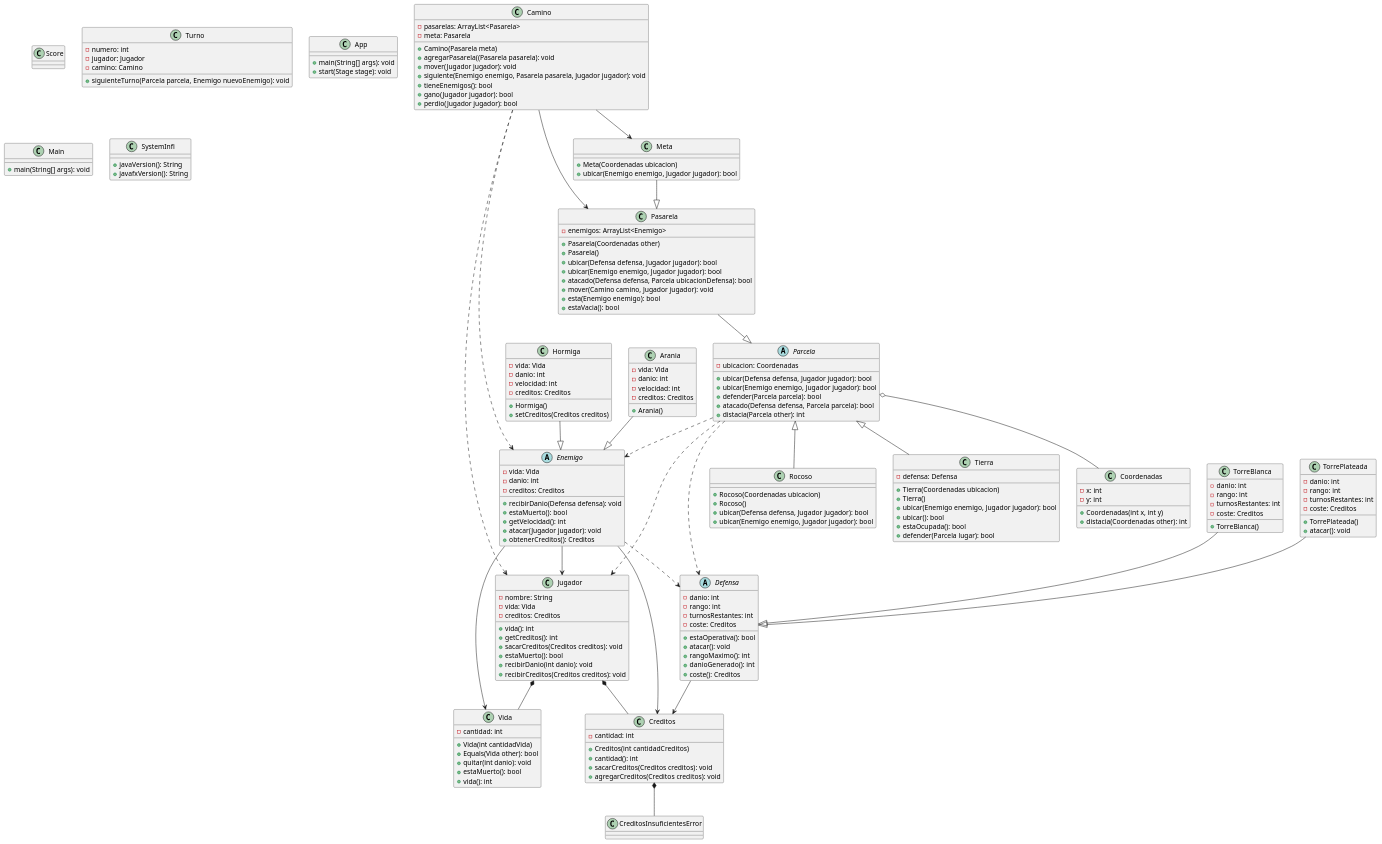
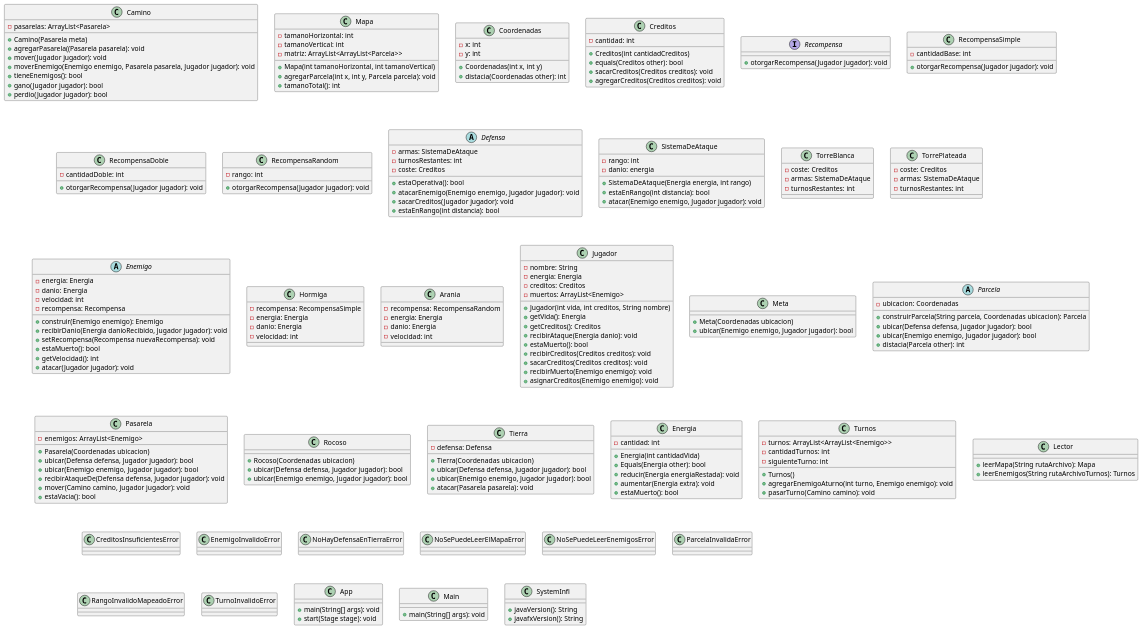
The diagram in diagrams/classes/diagrama_de_clase_tentativo.puml (franzimbi/algo3_tp2), drawn with PlantUML before and after one commit. The commit also changed 2 other files, not shown here.

Commit message:
plantUML update

```diff
--- a/diagrams/classes/diagrama_de_clase_tentativo.puml
+++ b/diagrams/classes/diagrama_de_clase_tentativo.puml
@@ -1,24 +1,24 @@
 @startuml
 'https://plantuml.com/class-diagram
 
-class Arania {
-    -vida: Vida
-    -danio: int
-    -velocidad: int
-    -creditos: Creditos
-    +Arania()
-}
-
 class Camino {
     -pasarelas: ArrayList<Pasarela>
-    -meta: Pasarela
     +Camino(Pasarela meta)
     +agregarPasarela((Pasarela pasarela): void
     +mover(Jugador jugador): void
-    +siguiente(Enemigo enemigo, Pasarela pasarela, Jugador jugador): void
+    +moverEnemigo(Enemigo enemigo, Pasarela pasarela, Jugador jugador): void
     +tieneEnemigos(): bool
     +gano(Jugador jugador): bool
     +perdio(Jugador jugador): bool
+}
+
+class Mapa {
+    -tamanoHorizontal: int
+    -tamanoVertical: int
+    -matriz: ArrayList<ArrayList<Parcela>>
+    +Mapa(int tamanoHorizontal, int tamanoVertical)
+    +agregarParcela(int x, int y, Parcela parcela): void
+    +tamanoTotal(): int
 }
 
 class Coordenadas {
@@ -31,55 +31,101 @@
 class Creditos {
     -cantidad: int
     +Creditos(int cantidadCreditos)
-    +cantidad(): int
+    +equals(Creditos other): bool
     +sacarCreditos(Creditos creditos): void
     +agregarCreditos(Creditos creditos): void
 }
 
-class CreditosInsuficientesError {}
+interface  Recompensa {
+    +otorgarRecompensa(Jugador jugador): void
+}
+
+class RecompensaSimple{
+    -cantidadBase: int
+    +otorgarRecompensa(Jugador jugador): void
+}
+
+class RecompensaDoble{
+    -cantidadDoble: int
+    +otorgarRecompensa(Jugador jugador): void
+}
+
+class RecompensaRandom{
+    -rango: int
+    +otorgarRecompensa(Jugador jugador): void
+}
 
 abstract class Defensa {
-    -danio: int
-    -rango: int
+    -armas: SistemaDeAtaque
     -turnosRestantes: int
     -coste: Creditos
     +estaOperativa(): bool
-    +atacar(): void
-    +rangoMaximo(): int
-    +danioGenerado(): int
-    +coste(): Creditos
+    +atacarEnemigo(Enemigo enemigo, Jugador jugador): void
+    +sacarCreditos(Jugador jugador): void
+    +estaEnRango(int distancia): bool
+}
+
+class SistemaDeAtaque {
+    -rango: int
+    -danio: energia
+    +SistemaDeAtaque(Energia energia, int rango)
+    +estaEnRango(int distancia): bool
+    +atacar(Enemigo enemigo, Jugador jugador): void
+}
+
+class TorreBlanca {
+    -coste: Creditos
+    -armas: SistemaDeAtaque
+    -turnosRestantes: int
+}
+
+class TorrePlateada {
+    -coste: Creditos
+    -armas: SistemaDeAtaque
+    -turnosRestantes: int
 }
 
 abstract class Enemigo {
-    -vida: Vida
-    -danio: int
-    -creditos: Creditos
-    +recibirDanio(Defensa defensa): void
+    -energia: Energia
+    -danio: Energia
+    -velocidad: int
+    -recompensa: Recompensa
+    +construir(Enemigo enemigo): Enemigo
+    +recibirDanio(Energia danioRecibido, Jugador jugador): void
+    +setRecompensa(Recompensa nuevaRecompensa): void
     +estaMuerto(): bool
     +getVelocidad(): int
     +atacar(Jugador jugador): void
-    +obtenerCreditos(): Creditos
 }
 
 class Hormiga {
-    -vida: Vida
-    -danio: int
+    -recompensa: RecompensaSimple
+    -energia: Energia
+    -danio: Energia
     -velocidad: int
-    -creditos: Creditos
-    +Hormiga()
-    +setCreditos(Creditos creditos)
+}
+
+class Arania {
+    -recompensa: RecompensaRandom
+    -energia: Energia
+    -danio: Energia
+    -velocidad: int
 }
 
 class Jugador {
     -nombre: String
-    -vida: Vida
+    -energia: Energia
     -creditos: Creditos
-    +vida(): int
-    +getCreditos(): int
+    -muertos: ArrayList<Enemigo>
+    +Jugador(int vida, int creditos, String nombre)
+    +getVida(): Energia
+    +getCreditos(): Creditos
+    +recibirAtaque(Energia danio): void
+    +estaMuerto(): bool
+    +recibirCreditos(Creditos creditos): void
     +sacarCreditos(Creditos creditos): void
-    +estaMuerto(): bool
-    +recibirDanio(int danio): void
-    +recibirCreditos(Creditos creditos): void
+    +recibirMuerto(Enemigo enemigo): void
+    +asignarCreditos(Enemigo enemigo): void
 }
 
 class Meta {
@@ -89,77 +135,67 @@
 
 abstract class Parcela {
     -ubicacion: Coordenadas
+    +construirParcela(String parcela, Coordenadas ubicacion): Parcela
     +ubicar(Defensa defensa, Jugador jugador): bool
     +ubicar(Enemigo enemigo, Jugador jugador): bool
-    +defender(Parcela parcela): bool
-    +atacado(Defensa defensa, Parcela parcela): bool
     +distacia(Parcela other): int
 }
 
 class Pasarela {
     -enemigos: ArrayList<Enemigo>
-    +Pasarela(Coordenadas other)
-    +Pasarela()
+    +Pasarela(Coordenadas ubicacion)
     +ubicar(Defensa defensa, Jugador jugador): bool
     +ubicar(Enemigo enemigo, Jugador jugador): bool
-    +atacado(Defensa defensa, Parcela ubicacionDefensa): bool
+    +recibirAtaqueDe(Defensa defensa, Jugador jugador): void
     +mover(Camino camino, Jugador jugador): void
-    +esta(Enemigo enemigo): bool
     +estaVacia(): bool
 }
 
 class Rocoso {
     +Rocoso(Coordenadas ubicacion)
-    +Rocoso()
     +ubicar(Defensa defensa, Jugador jugador): bool
     +ubicar(Enemigo enemigo, Jugador jugador): bool
 }
 
-class Score {}
-
 class Tierra {
     -defensa: Defensa
     +Tierra(Coordenadas ubicacion)
-    +Tierra()
+    +ubicar(Defensa defensa, Jugador jugador): bool
     +ubicar(Enemigo enemigo, Jugador jugador): bool
-    +ubicar(): bool
-    +estaOcupada(): bool
-    +defender(Parcela lugar): bool
+    +atacar(Pasarela pasarela): void
 }
 
-
-class TorreBlanca {
-    -danio: int
-    -rango: int
-    -turnosRestantes: int
-    -coste: Creditos
-    +TorreBlanca()
+class Energia {
+    -cantidad: int
+    +Energia(int cantidadVida)
+    +Equals(Energia other): bool
+    +reducir(Energia energiaRestada): void
+    +aumentar(Energia extra): void
+    +estaMuerto(): bool
 }
 
-class TorrePlateada {
-    -danio: int
-    -rango: int
-    -turnosRestantes: int
-    -coste: Creditos
-    +TorrePlateada()
-    +atacar(): void
+class Turnos {
+    -turnos: ArrayList<ArrayList<Enemigo>>
+    -cantidadTurnos: int
+    -siguienteTurno: int
+    +Turnos()
+    +agregarEnemigoAturno(int turno, Enemigo enemigo): void
+    +pasarTurno(Camino camino): void
 }
 
-class Turno {
-    -numero: int
-    -jugador: Jugador
-    -camino: Camino
-    +siguienteTurno(Parcela parcela, Enemigo nuevoEnemigo): void
+class Lector {
+    +leerMapa(String rutaArchivo): Mapa
+    +leerEnemigos(String rutaArchivoTurnos): Turnos
 }
 
-class Vida {
-    -cantidad: int
-    +Vida(int cantidadVida)
-    +Equals(Vida other): bool
-    +quitar(int danio): void
-    +estaMuerto(): bool
-    +vida(): int
-}
+class CreditosInsuficientesError {}
+class EnemigoInvalidoError {}
+class NoHayDefensaEnTierraError {}
+class NoSePuedeLeerElMapaError {}
+class NoSePuedeLeerEnemigosError {}
+class ParcelaInvalidaError {}
+class RangoInvalidoMapeadoError {}
+class TurnoInvalidoError {}
 
 class App {
     +main(String[] args): void
@@ -175,41 +211,7 @@
     +javafxVersion(): String
 }
 
-Jugador *-- Vida
-Jugador *-- Creditos
 
-Defensa --> Creditos
-
-TorreBlanca --|> Defensa
-TorrePlateada --|> Defensa
-
-Pasarela --|> Parcela
-
-Parcela ..> Defensa
-Parcela ..> Jugador
-Parcela o-- Coordenadas
-Parcela ..> Enemigo
-
-Meta --|> Pasarela
-
-Parcela <|-- Rocoso
-Parcela <|-- Tierra
-
-Camino --> Pasarela
-Camino --> Meta
-Camino ..> Jugador
-Camino ..> Enemigo
-
-
-Enemigo --> Vida
-Enemigo --> Creditos
-Enemigo ..> Defensa
-Enemigo --> Jugador
-
-Hormiga --|> Enemigo
-Arania --|> Enemigo
-
-Creditos *-- CreditosInsuficientesError
 
 
 
```
